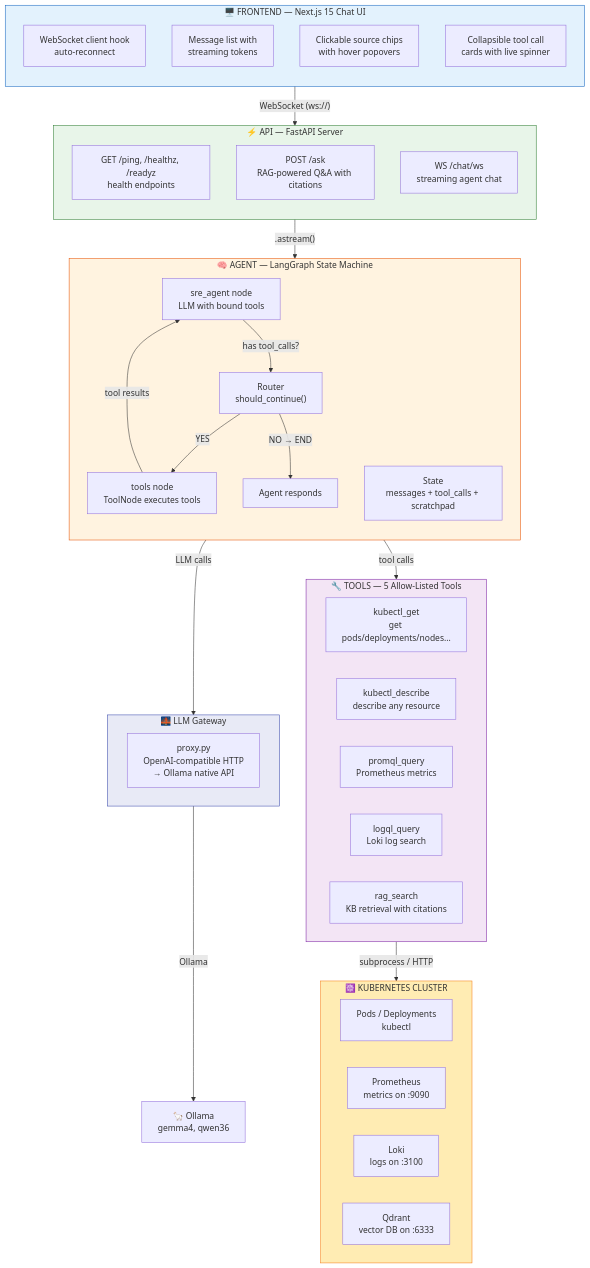
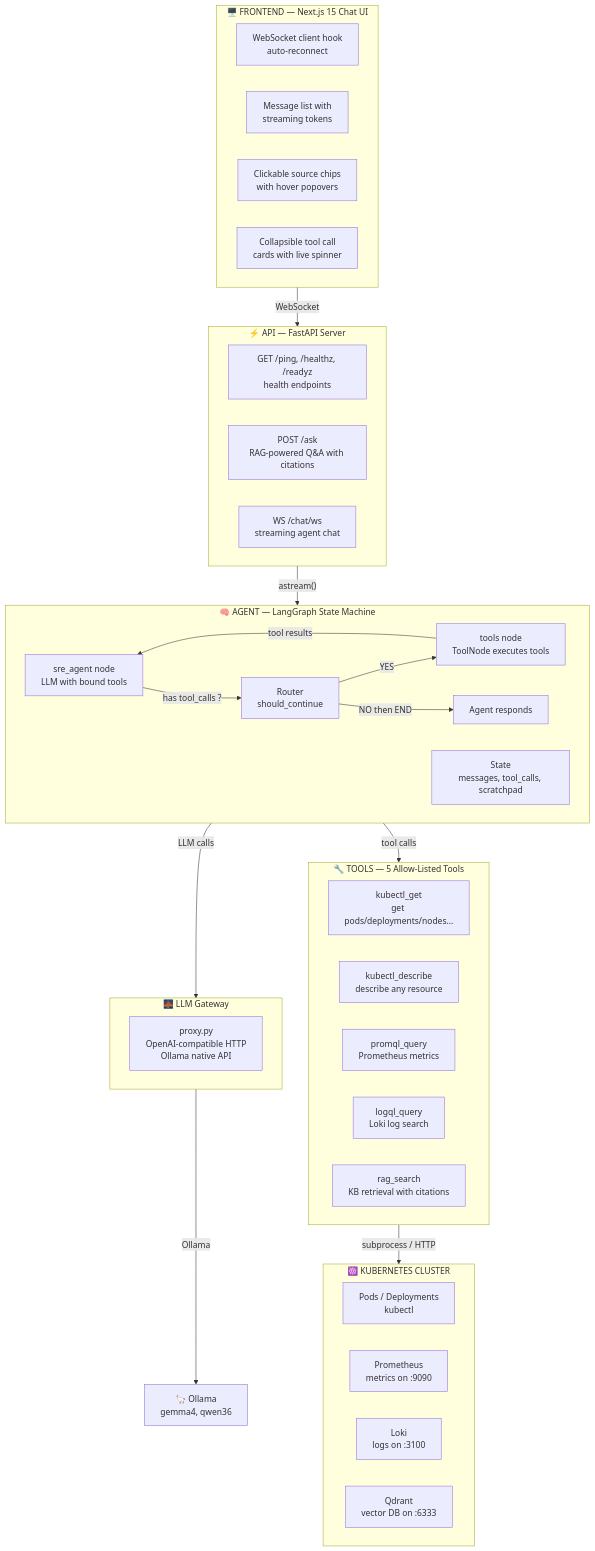
One commit to yessine15/sentinel changed the first of 29 diagrams in docs/PHASE2_EXPLAINED.md. Above: the diagram before and after it, drawn with Mermaid. The commit also changed other lines of this file, not shown here.

First line of the commit message:
docs: fix all mermaid v11.15.0 syntax errors in Phase 2 guide

````diff
--- a/docs/PHASE2_EXPLAINED.md
+++ b/docs/PHASE2_EXPLAINED.md
@@ -88,65 +88,54 @@
 ```mermaid
 flowchart TB
     subgraph FRONTEND["🖥️ FRONTEND — Next.js 15 Chat UI"]
-        direction TB
         F1["WebSocket client hook<br/>auto-reconnect"]
         F2["Message list with<br/>streaming tokens"]
         F3["Clickable source chips<br/>with hover popovers"]
         F4["Collapsible tool call<br/>cards with live spinner"]
     end
 
     subgraph API["⚡ API — FastAPI Server"]
-        direction TB
         A1["GET /ping, /healthz, /readyz<br/>health endpoints"]
         A2["POST /ask<br/>RAG-powered Q&A with citations"]
         A3["WS /chat/ws<br/>streaming agent chat"]
     end
 
     subgraph AGENT["🧠 AGENT — LangGraph State Machine"]
-        direction TB
         G1["sre_agent node<br/>LLM with bound tools"]
         G2["tools node<br/>ToolNode executes tools"]
-        G3["Router<br/>should_continue()"]
-        G4["State<br/>messages + tool_calls + scratchpad"]
+        G3["Router<br/>should_continue"]
+        G4["State<br/>messages, tool_calls, scratchpad"]
+        G5["Agent responds"]
 
-        G1 -->|"has tool_calls?"| G3
+        G1 -->|"has tool_calls ?"| G3
         G3 -->|"YES"| G2
-        G3 -->|"NO → END"| G5["Agent responds"]
+        G3 -->|"NO then END"| G5
         G2 -->|"tool results"| G1
     end
 
     subgraph TOOLS["🔧 TOOLS — 5 Allow-Listed Tools"]
-        direction LR
         T1["kubectl_get<br/>get pods/deployments/nodes..."]
         T2["kubectl_describe<br/>describe any resource"]
         T3["promql_query<br/>Prometheus metrics"]
         T4["logql_query<br/>Loki log search"]
         T5["rag_search<br/>KB retrieval with citations"]
     end
 
     subgraph CLUSTER["☸️ KUBERNETES CLUSTER"]
-        direction LR
         K1["Pods / Deployments<br/>kubectl"]
         K2["Prometheus<br/>metrics on :9090"]
         K3["Loki<br/>logs on :3100"]
         K4["Qdrant<br/>vector DB on :6333"]
     end
 
     subgraph GATEWAY["🌉 LLM Gateway"]
-        GW["proxy.py<br/>OpenAI-compatible HTTP<br/>→ Ollama native API"]
+        GW["proxy.py<br/>OpenAI-compatible HTTP<br/>Ollama native API"]
     end
 
-    FRONTEND -->|"WebSocket (ws://)"| API
-    API -->|".astream()"| AGENT
+    FRONTEND -->|"WebSocket"| API
+    API -->|"astream()"| AGENT
     AGENT -->|"LLM calls"| GATEWAY
     GATEWAY -->|"Ollama"| LLM["🦙 Ollama<br/>gemma4, qwen36"]
     AGENT -->|"tool calls"| TOOLS
     TOOLS -->|"subprocess / HTTP"| CLUSTER
-
-    style FRONTEND fill:#e3f2fd,stroke:#1565c0
-    style API fill:#e8f5e9,stroke:#2e7d32
-    style AGENT fill:#fff3e0,stroke:#e65100
-    style TOOLS fill:#f3e5f5,stroke:#7b1fa2
-    style CLUSTER fill:#ffecb3,stroke:#f57f17
-    style GATEWAY fill:#e8eaf6,stroke:#3949ab
 ```
````
